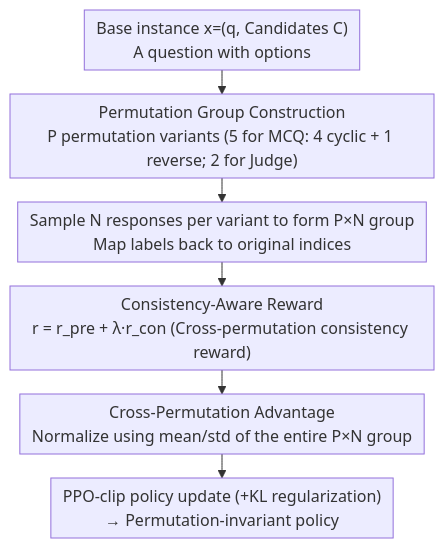
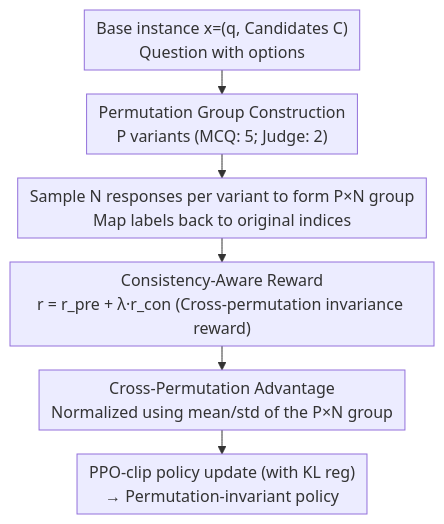
One commit to zhaoyang97/Paper-Notes-en changed the diagram in docs/ACL2026/llm_alignment/mitigating_selection_bias_in_large_language_models_via_permutation-aware_grpo.md. Above: the diagram before and after it, drawn with Mermaid. The commit also changed other lines of this file and 5084 other files, not shown here.

````diff
--- a/docs/ACL2026/llm_alignment/mitigating_selection_bias_in_large_language_models_via_permutation-aware_grpo.md
+++ b/docs/ACL2026/llm_alignment/mitigating_selection_bias_in_large_language_models_via_permutation-aware_grpo.md
@@ -47,9 +47,9 @@
 ```mermaid
 %%{init: {'flowchart': {'rankSpacing': 24, 'nodeSpacing': 28, 'padding': 6, 'wrappingWidth': 400}}}%%
 flowchart TD
-    A["Base instance x=(q, Candidates C)<br/>A question with options"] --> B["Permutation Group Construction<br/>P permutation variants (5 for MCQ: 4 cyclic + 1 reverse; 2 for Judge)"]
+    A["Base instance x=(q, Candidates C)<br/>Question with options"] --> B["Permutation Group Construction<br/>P variants (MCQ: 5; Judge: 2)"]
     B --> C["Sample N responses per variant to form P×N group<br/>Map labels back to original indices"]
-    C --> D["Consistency-Aware Reward<br/>r = r_pre + λ·r_con (Cross-permutation consistency reward)"]
-    D --> E["Cross-Permutation Advantage<br/>Normalize using mean/std of the entire P×N group"]
-    E --> F["PPO-clip policy update (+KL regularization)<br/>→ Permutation-invariant policy"]
+    C --> D["Consistency-Aware Reward<br/>r = r_pre + λ·r_con (Cross-permutation invariance reward)"]
+    D --> E["Cross-Permutation Advantage<br/>Normalized using mean/std of the P×N group"]
+    E --> F["PPO-clip policy update (with KL reg)<br/>→ Permutation-invariant policy"]
 ```
````
